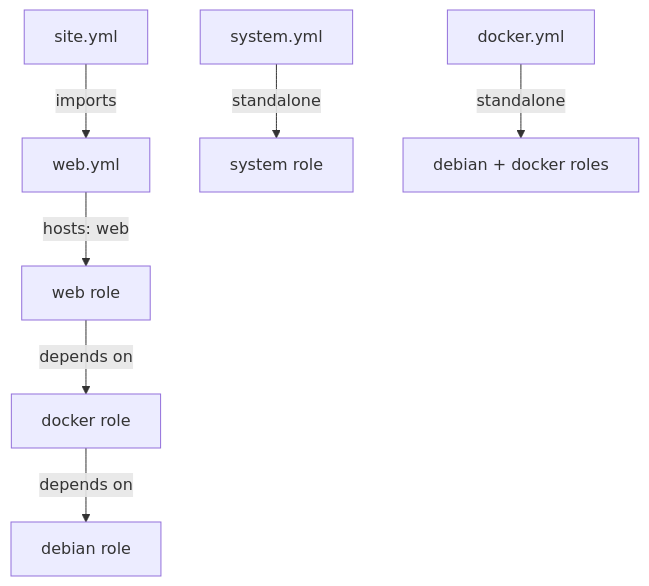
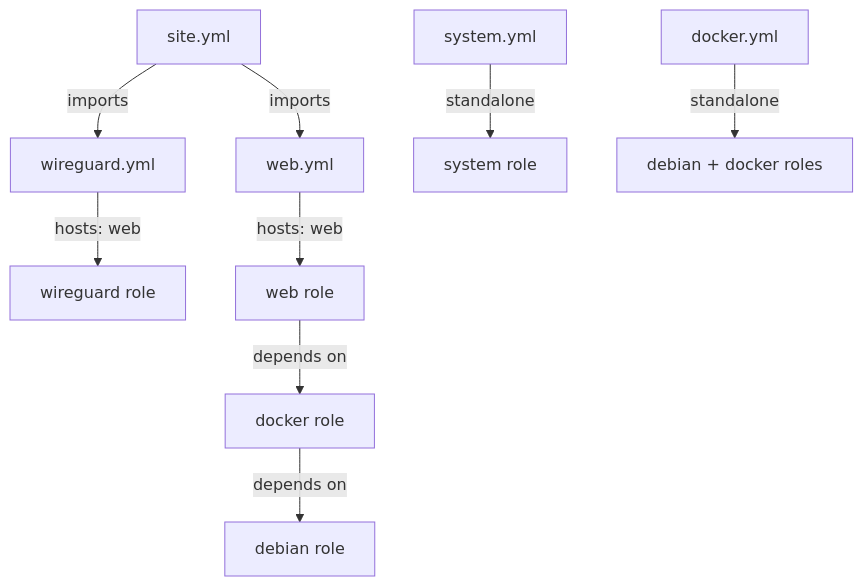
The first of 6 diagrams in ARCHITECTURE.md (Waxolunist/ansible-docker-server), drawn with Mermaid before and after one commit. The commit also changed other lines of this file and 12 other files, not shown here.

````diff
--- a/ARCHITECTURE.md
+++ b/ARCHITECTURE.md
@@ -41,9 +41,11 @@
 ```mermaid
 graph TD
     A[site.yml] -->|imports| B[web.yml]
+    A -->|imports| WG[wireguard.yml]
+    WG -->|hosts: web| WR[wireguard role]
     C[system.yml] -->|standalone| D[system role]
     E[docker.yml] -->|standalone| F[debian + docker roles]
     B -->|hosts: web| G[web role]
     G -->|depends on| H[docker role]
     H -->|depends on| I[debian role]
 ```
````
